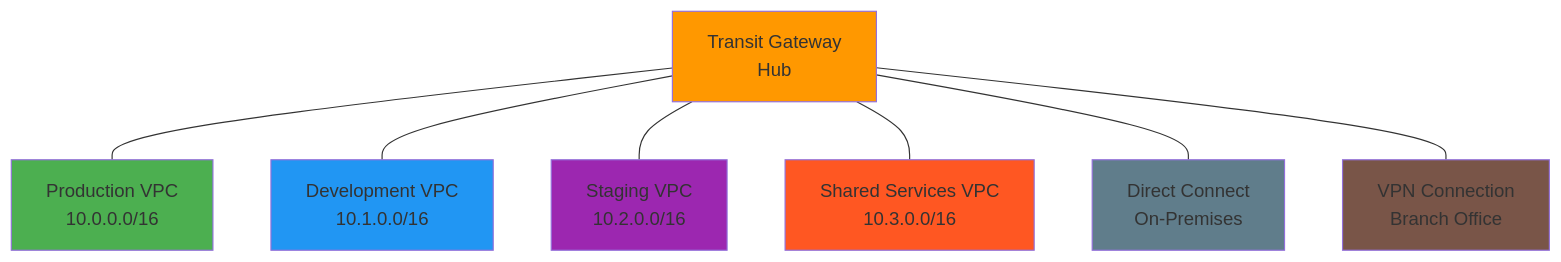
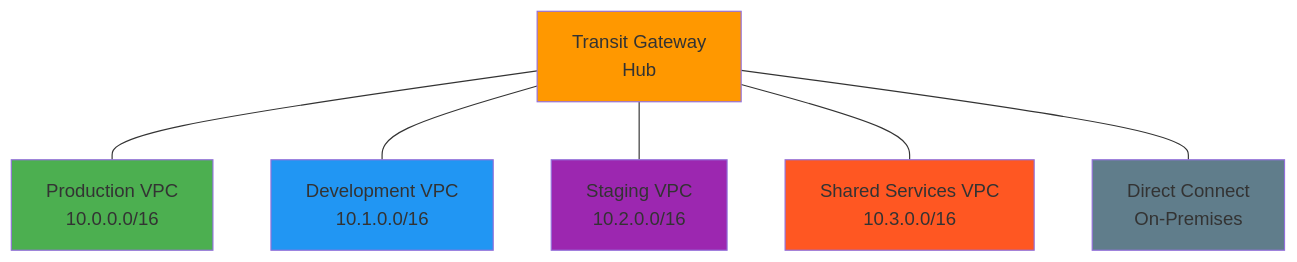
One commit to typex1/aws-graphs changed the fifth of 5 diagrams in aws-graphs.md. Above: the diagram before and after it, drawn with Mermaid. The commit also changed other lines of this file, not shown here.

````diff
--- a/aws-graphs.md
+++ b/aws-graphs.md
@@ -119,27 +119,24 @@
 ```mermaid
 graph TD
     TGW[Transit Gateway<br/>Hub]
     
     VPC1[Production VPC<br/>10.0.0.0/16]
     VPC2[Development VPC<br/>10.1.0.0/16]
     VPC3[Staging VPC<br/>10.2.0.0/16]
     VPC4[Shared Services VPC<br/>10.3.0.0/16]
     
     DX[Direct Connect<br/>On-Premises]
-    VPN[VPN Connection<br/>Branch Office]
     
     TGW --- VPC1
     TGW --- VPC2
     TGW --- VPC3
     TGW --- VPC4
     TGW --- DX
-    TGW --- VPN
     
     style TGW fill:#ff9800
     style VPC1 fill:#4caf50
     style VPC2 fill:#2196f3
     style VPC3 fill:#9c27b0
     style VPC4 fill:#ff5722
     style DX fill:#607d8b
-    style VPN fill:#795548
 ```
````
